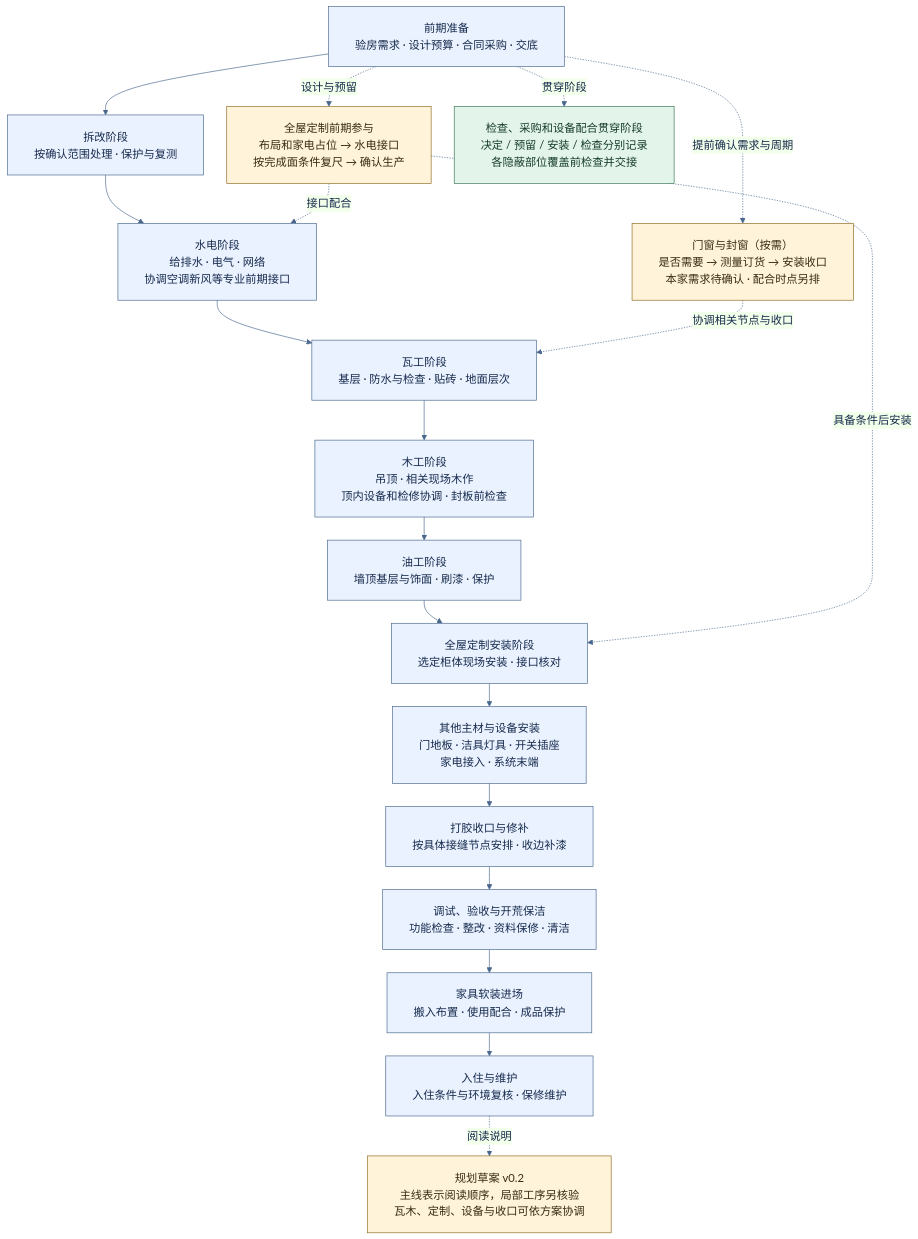
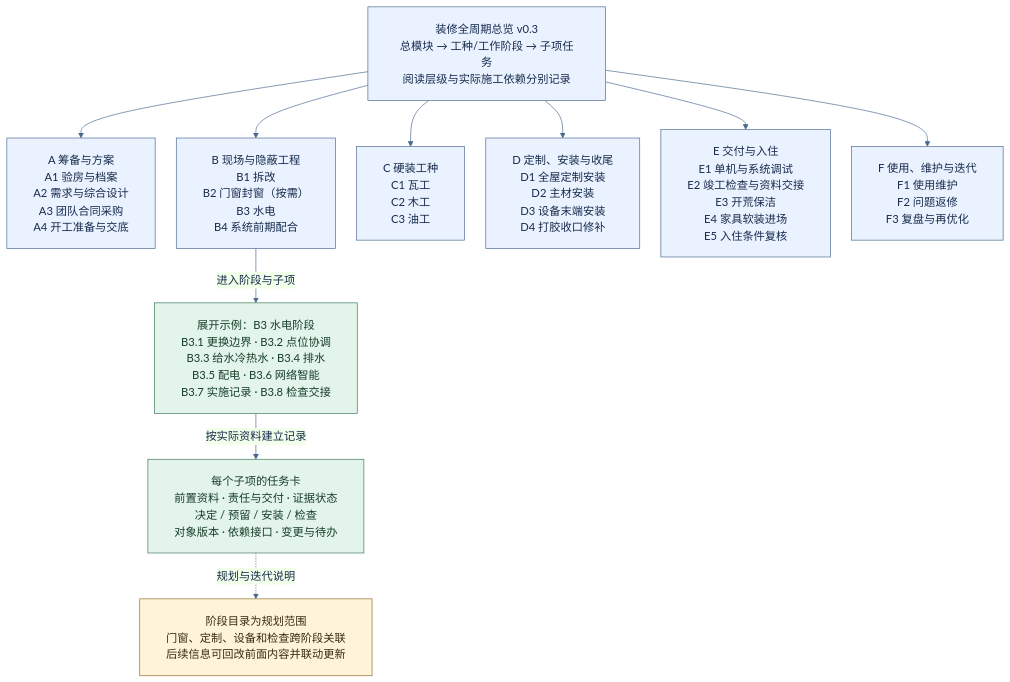
One commit to omeyang/Hestia changed the diagram in docs/assets/renovation-stages.mmd. Above: the diagram before and after it, drawn with Mermaid. The commit also changed 28 other files, not shown here.

```diff
--- a/docs/assets/renovation-stages.mmd
+++ b/docs/assets/renovation-stages.mmd
@@ -1,30 +1,20 @@
-%%{init: {"theme":"base","themeVariables":{"fontFamily":"Noto Sans CJK SC, sans-serif","fontSize":"17px","primaryColor":"#eaf2ff","primaryTextColor":"#172b4d","primaryBorderColor":"#49678d","lineColor":"#49678d","background":"#ffffff"},"flowchart":{"htmlLabels":true,"nodeSpacing":35,"rankSpacing":35,"padding":20,"diagramPadding":22,"wrappingWidth":340}}}%%
+%%{init: {"theme":"base","themeVariables":{"fontFamily":"Noto Sans CJK SC, sans-serif","fontSize":"17px","primaryColor":"#eaf2ff","primaryTextColor":"#172b4d","primaryBorderColor":"#49678d","lineColor":"#49678d","background":"#ffffff"},"flowchart":{"htmlLabels":true,"nodeSpacing":32,"rankSpacing":44,"padding":20,"diagramPadding":24,"wrappingWidth":280}}}%%
 flowchart TB
-    A["前期准备<br/>验房需求 · 设计预算 · 合同采购 · 交底"]
-    B["拆改阶段<br/>按确认范围处理 · 保护与复测"]
-    C["水电阶段<br/>给排水 · 电气 · 网络<br/>协调空调新风等专业前期接口"]
-    D["瓦工阶段<br/>基层 · 防水与检查 · 贴砖 · 地面层次"]
-    E["木工阶段<br/>吊顶 · 相关现场木作<br/>顶内设备和检修协调 · 封板前检查"]
-    F["油工阶段<br/>墙顶基层与饰面 · 刷漆 · 保护"]
-    G["全屋定制安装阶段<br/>选定柜体现场安装 · 接口核对"]
-    H["其他主材与设备安装<br/>门地板 · 洁具灯具 · 开关插座<br/>家电接入 · 系统末端"]
-    J["打胶收口与修补<br/>按具体接缝节点安排 · 收边补漆"]
-    K["调试、验收与开荒保洁<br/>功能检查 · 整改 · 资料保修 · 清洁"]
-    L["家具软装进场<br/>搬入布置 · 使用配合 · 成品保护"]
-    M["入住与维护<br/>入住条件与环境复核 · 保修维护"]
-    W["门窗与封窗（按需）<br/>是否需要 → 测量订货 → 安装收口<br/>本家需求待确认 · 配合时点另排"]
-    P["全屋定制前期参与<br/>布局和家电占位 → 水电接口<br/>按完成面条件复尺 → 确认生产"]
-    Q["检查、采购和设备配合贯穿阶段<br/>决定 / 预留 / 安装 / 检查分别记录<br/>各隐蔽部位覆盖前检查并交接"]
-    N["规划草案 v0.2<br/>主线表示阅读顺序，局部工序另核验<br/>瓦木、定制、设备与收口可依方案协调"]
-    A --> B --> C --> D --> E --> F --> G --> H --> J --> K --> L --> M
-    A -. "提前确认需求与周期" .-> W
-    W -. "协调相关节点与收口" .-> D
-    A -. "设计与预留" .-> P
-    P -. "接口配合" .-> C
-    P -. "具备条件后安装" .-> G
-    A -. "贯穿阶段" .-> Q
-    M -. "阅读说明" .-> N
-    classDef planning fill:#fff4d9,stroke:#8d6b24,color:#382b12;
-    classDef gate fill:#e3f4eb,stroke:#397458,color:#173d2a;
-    class W,P,N planning;
-    class Q gate;
+    R["装修全周期总览 v0.3<br/>总模块 → 工种/工作阶段 → 子项任务<br/>阅读层级与实际施工依赖分别记录"]
+    A["A 筹备与方案<br/>A1 验房与档案<br/>A2 需求与综合设计<br/>A3 团队合同采购<br/>A4 开工准备与交底"]
+    B["B 现场与隐蔽工程<br/>B1 拆改<br/>B2 门窗封窗（按需）<br/>B3 水电<br/>B4 系统前期配合"]
+    C["C 硬装工种<br/>C1 瓦工<br/>C2 木工<br/>C3 油工"]
+    D["D 定制、安装与收尾<br/>D1 全屋定制安装<br/>D2 主材安装<br/>D3 设备末端安装<br/>D4 打胶收口修补"]
+    E["E 交付与入住<br/>E1 单机与系统调试<br/>E2 竣工检查与资料交接<br/>E3 开荒保洁<br/>E4 家具软装进场<br/>E5 入住条件复核"]
+    F["F 使用、维护与迭代<br/>F1 使用维护<br/>F2 问题返修<br/>F3 复盘与再优化"]
+    W["展开示例：B3 水电阶段<br/>B3.1 更换边界 · B3.2 点位协调<br/>B3.3 给水冷热水 · B3.4 排水<br/>B3.5 配电 · B3.6 网络智能<br/>B3.7 实施记录 · B3.8 检查交接"]
+    T["每个子项的任务卡<br/>前置资料 · 责任与交付 · 证据状态<br/>决定 / 预留 / 安装 / 检查<br/>对象版本 · 依赖接口 · 变更与待办"]
+    N["阶段目录为规划范围<br/>门窗、定制、设备和检查跨阶段关联<br/>后续信息可回改前面内容并联动更新"]
+    R --> A & B & C & D & E & F
+    B -- "进入阶段与子项" --> W
+    W -- "按实际资料建立记录" --> T
+    T -. "规划与迭代说明" .-> N
+    classDef detail fill:#e3f4eb,stroke:#397458,color:#173d2a;
+    classDef note fill:#fff4d9,stroke:#8d6b24,color:#382b12;
+    class W,T detail;
+    class N note;
```
